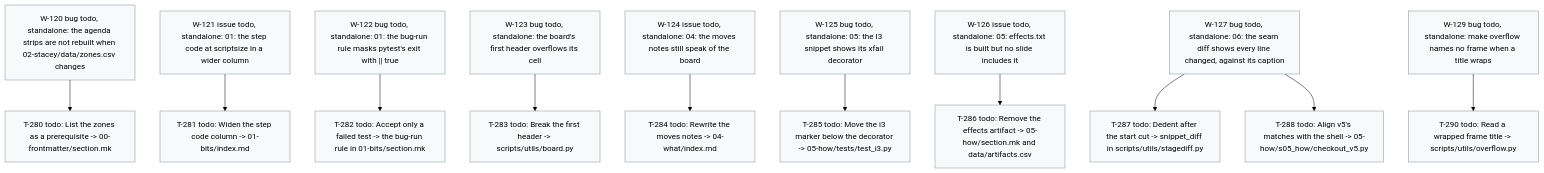
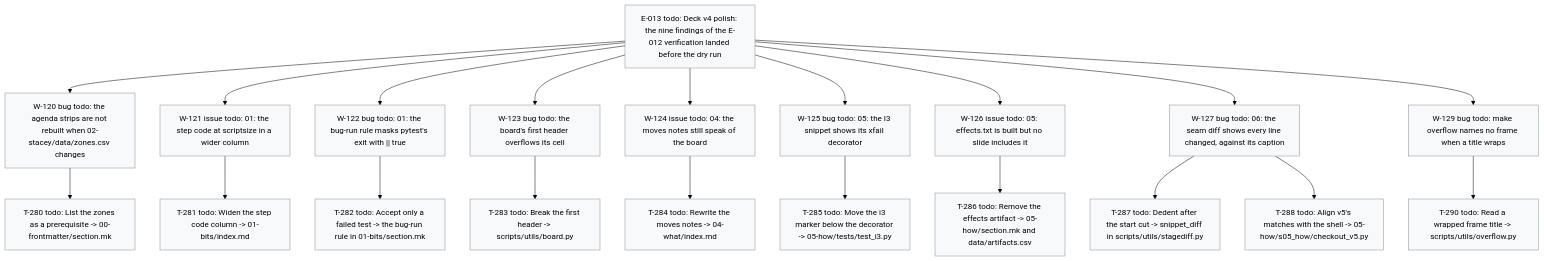
One commit to dpopchev/chaos-to-simple changed the diagram in .board/BOARD.md. Above: the diagram before and after it, drawn with Mermaid (forest theme). The commit also changed other lines of this file and 10 other files, not shown here.

First line of the commit message:
chore(board): file E-013 -- nine E-012 findings gathered as one root

````diff
--- a/.board/BOARD.md
+++ b/.board/BOARD.md
@@ -728,28 +729,29 @@
 ```mermaid
 flowchart TD
-  W120["W-120 bug todo, standalone: the agenda strips are not rebuilt when 02-stacey/data/zones.csv changes"]
+  E013["E-013 todo: Deck v4 polish: the nine findings of the E-012 verification landed before the dry run"]
+  E013 --> W120["W-120 bug todo: the agenda strips are not rebuilt when 02-stacey/data/zones.csv changes"]
   W120 --> T280["T-280 todo: List the zones as a prerequisite -> 00-frontmatter/section.mk"]
-  W121["W-121 issue todo, standalone: 01: the step code at scriptsize in a wider column"]
+  E013 --> W121["W-121 issue todo: 01: the step code at scriptsize in a wider column"]
   W121 --> T281["T-281 todo: Widen the step code column -> 01-bits/index.md"]
-  W122["W-122 bug todo, standalone: 01: the bug-run rule masks pytest's exit with || true"]
+  E013 --> W122["W-122 bug todo: 01: the bug-run rule masks pytest's exit with || true"]
   W122 --> T282["T-282 todo: Accept only a failed test -> the bug-run rule in 01-bits/section.mk"]
-  W123["W-123 bug todo, standalone: the board's first header overflows its cell"]
+  E013 --> W123["W-123 bug todo: the board's first header overflows its cell"]
   W123 --> T283["T-283 todo: Break the first header -> scripts/utils/board.py"]
-  W124["W-124 issue todo, standalone: 04: the moves notes still speak of the board"]
+  E013 --> W124["W-124 issue todo: 04: the moves notes still speak of the board"]
   W124 --> T284["T-284 todo: Rewrite the moves notes -> 04-what/index.md"]
-  W125["W-125 bug todo, standalone: 05: the I3 snippet shows its xfail decorator"]
+  E013 --> W125["W-125 bug todo: 05: the I3 snippet shows its xfail decorator"]
   W125 --> T285["T-285 todo: Move the i3 marker below the decorator -> 05-how/tests/test_i3.py"]
-  W126["W-126 issue todo, standalone: 05: effects.txt is built but no slide includes it"]
+  E013 --> W126["W-126 issue todo: 05: effects.txt is built but no slide includes it"]
   W126 --> T286["T-286 todo: Remove the effects artifact -> 05-how/section.mk and data/artifacts.csv"]
-  W127["W-127 bug todo, standalone: 06: the seam diff shows every line changed, against its caption"]
+  E013 --> W127["W-127 bug todo: 06: the seam diff shows every line changed, against its caption"]
   W127 --> T287["T-287 todo: Dedent after the start cut -> snippet_diff in scripts/utils/stagediff.py"]
   W127 --> T288["T-288 todo: Align v5's matches with the shell -> 05-how/s05_how/checkout_v5.py"]
-  W129["W-129 bug todo, standalone: make overflow names no frame when a title wraps"]
+  E013 --> W129["W-129 bug todo: make overflow names no frame when a title wraps"]
   W129 --> T290["T-290 todo: Read a wrapped frame title -> scripts/utils/overflow.py"]
   classDef doing fill:#fff3bf,stroke:#b58900,color:#000;
   classDef blocked fill:#ffe3e3,stroke:#c92a2a,color:#000;
   classDef done fill:#e6ffed,stroke:#2b8a3e,color:#000;
   classDef todo fill:#f8f9fa,stroke:#868e96,color:#000;
   classDef pruned fill:#f1f3f5,stroke:#adb5bd,color:#000;
-  class W120,T280,W121,T281,W122,T282,W123,T283,W124,T284,W125,T285,W126,T286,W127,T287,T288,W129,T290 todo
+  class E013,W120,T280,W121,T281,W122,T282,W123,T283,W124,T284,W125,T285,W126,T286,W127,T287,T288,W129,T290 todo
 ```
````
